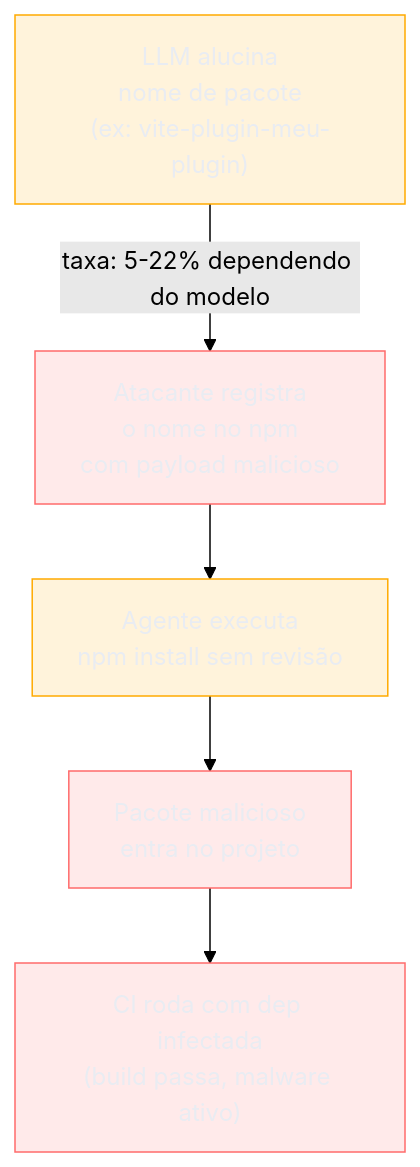
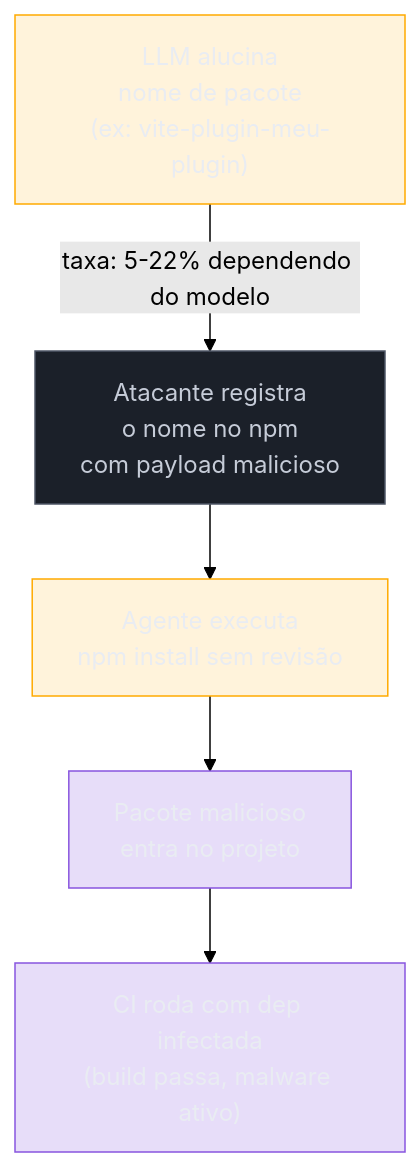
One commit to josenaldo/codex-technomanticus changed the seventh of 7 diagrams in 03-Dominios/Tecnologia/Tooling e Build/25 - IA no tooling e build.md. Above: the diagram before and after it, drawn with Mermaid (forest theme). The commit also changed 601 other files, not shown here.

````diff
--- a/03-Dominios/Tecnologia/Tooling e Build/25 - IA no tooling e build.md
+++ b/03-Dominios/Tecnologia/Tooling e Build/25 - IA no tooling e build.md
@@ -492,21 +492,22 @@
 ```mermaid
 flowchart TD
+    classDef marca fill:#8855DF33,stroke:#8855DF,color:#E9ECF2
+    classDef neutro fill:#1B2029,stroke:#4E5666,color:#C6CCD8
     classDef destaque fill:#FFAA0024,stroke:#FFAA00,color:#E9ECF2
-    classDef falha fill:#FF6B6B24,stroke:#FF6B6B,color:#E9ECF2
     LLM["LLM alucina\nnome de pacote\n(ex: vite-plugin-meu-plugin)"]
     ATCK["Atacante registra\no nome no npm\ncom payload malicioso"]
     AGT["Agente executa\nnpm install sem revisão"]
     INF["Pacote malicioso\nentra no projeto"]
     CI["CI roda com dep infectada\n(build passa, malware ativo)"]
 
     LLM -->|"taxa: 5-22% dependendo do modelo"| ATCK
     ATCK --> AGT
     AGT --> INF
     INF --> CI
 
     class LLM destaque
-    class ATCK falha
-    class INF falha
-    class CI falha
+    class ATCK neutro
+    class INF marca
+    class CI marca
     class AGT destaque
 ```
````
